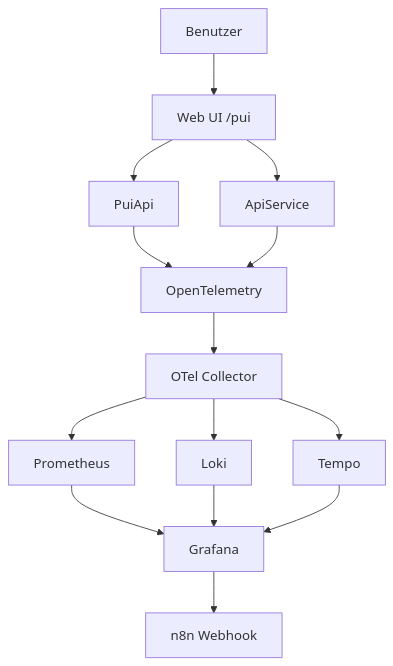
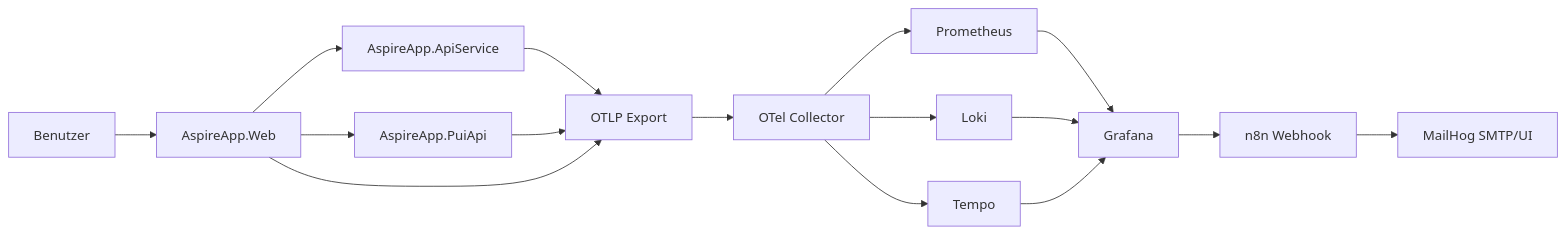
Before and after one commit to wenfe/VSCode_TNEW: the diagram in docs/03_AspireApp_Gesamtuebersicht.md, drawn with Mermaid. The commit also changed other lines of this file and 15 other files, not shown here.

````diff
--- a/docs/03_AspireApp_Gesamtuebersicht.md
+++ b/docs/03_AspireApp_Gesamtuebersicht.md
@@ -176,16 +30,22 @@
 ```mermaid
-flowchart TD
-    U[Benutzer] --> W[Web UI /pui]
-    W --> P[PuiApi]
-    W --> A[ApiService]
-    P --> O[OpenTelemetry]
-    A --> O
-    O --> C[OTel Collector]
-    C --> PR[Prometheus]
-    C --> L[Loki]
-    C --> T[Tempo]
-    PR --> G[Grafana]
-    L --> G
-    T --> G
-    G --> N[n8n Webhook]
+flowchart LR
+  U[Benutzer] --> WEB[AspireApp.Web]
+  WEB --> API[AspireApp.ApiService]
+  WEB --> PUI[AspireApp.PuiApi]
+
+  API --> OTLP[OTLP Export]
+  PUI --> OTLP
+  WEB --> OTLP
+
+  OTLP --> COL[OTel Collector]
+  COL --> PROM[Prometheus]
+  COL --> LOKI[Loki]
+  COL --> TEMPO[Tempo]
+
+  PROM --> GRAF[Grafana]
+  LOKI --> GRAF
+  TEMPO --> GRAF
+
+  GRAF --> N8N[n8n Webhook]
+  N8N --> MAIL[MailHog SMTP/UI]
 ```
````
